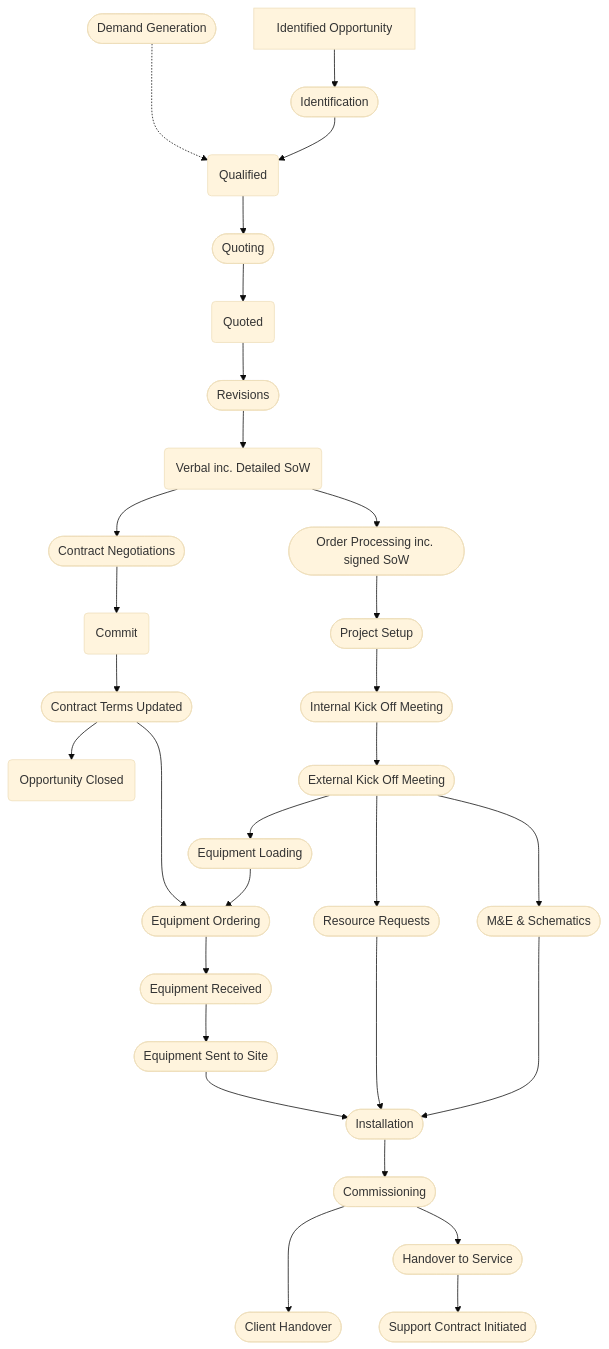
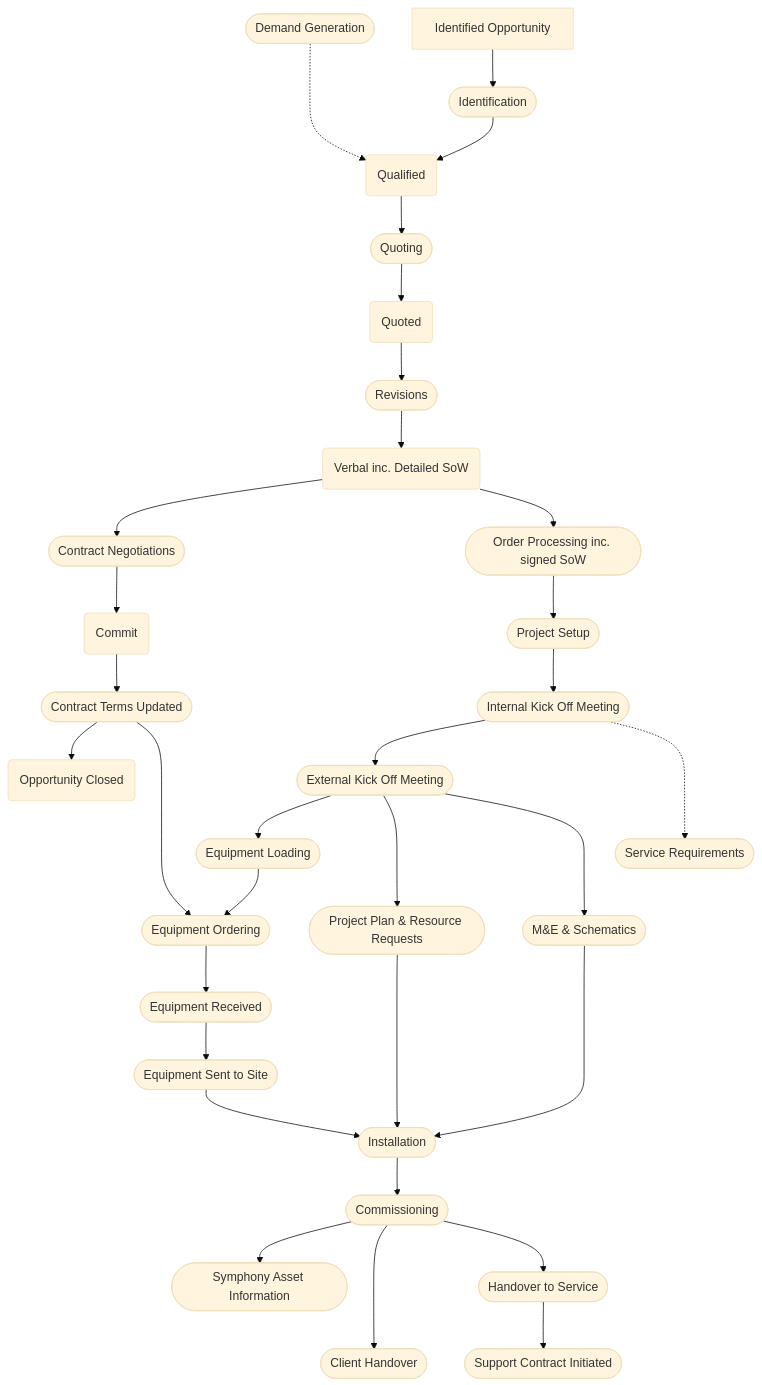
One commit to ChrisWilsonAVI/documentation changed the diagram in processes/integration.md. Above: the diagram before and after it, drawn with Mermaid (base theme). The commit also changed 3 other files, not shown here.

```diff
--- a/processes/integration.md
+++ b/processes/integration.md
@@ -26,7 +26,7 @@
     KickOff([Internal Kick Off Meeting])
     EKickOff([External Kick Off Meeting])
     EquipmentLoading([Equipment Loading])
-    ResourceRequest([Resource Requests])
+    ResourceRequest([Project Plan & Resource Requests])
     Procurement([Equipment Ordering])
     GoodsIn([Equipment Received])
     GoodsOut([Equipment Sent to Site])
@@ -36,6 +36,8 @@
     InternalHandover([Handover to Service])
     Support([Support Contract Initiated])
     contractConfirmed([Contract Terms Updated])
+    symphonyInfo([Service Requirements])
+    symphonyAssets([Symphony Asset Information])
    %%  SignedSow([Signed Scope of Works])
 
     %% generation
@@ -62,12 +64,14 @@
     Processing --> ProjectSetup
     ProjectSetup --> KickOff
     KickOff --> EKickOff
+    KickOff -..-> symphonyInfo
     EKickOff --> EquipmentLoading
     EKickOff --> ResourceRequest
     EKickOff --> Design
 
     Design ----> Installation
 
+    %%symphonyInfo --> symphonyAssets
 
 
     %% procurement/logistics
@@ -81,6 +85,7 @@
 
     %% install
     Installation --> Commissioning
+    Commissioning --> symphonyAssets
     Commissioning ---> ClientHandover
     Commissioning --> InternalHandover
     InternalHandover --> Support
```
